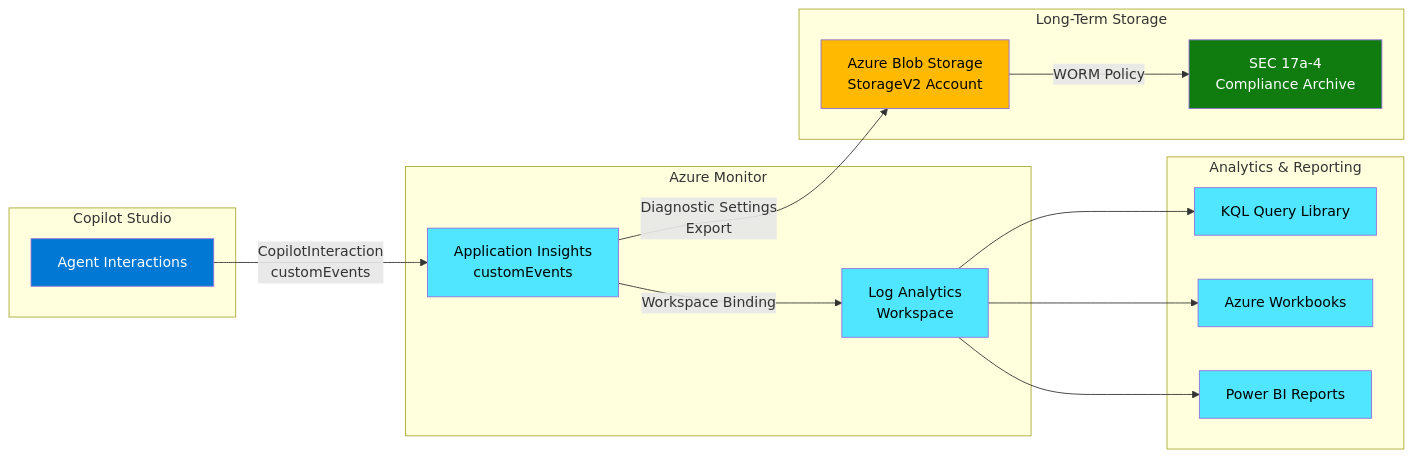
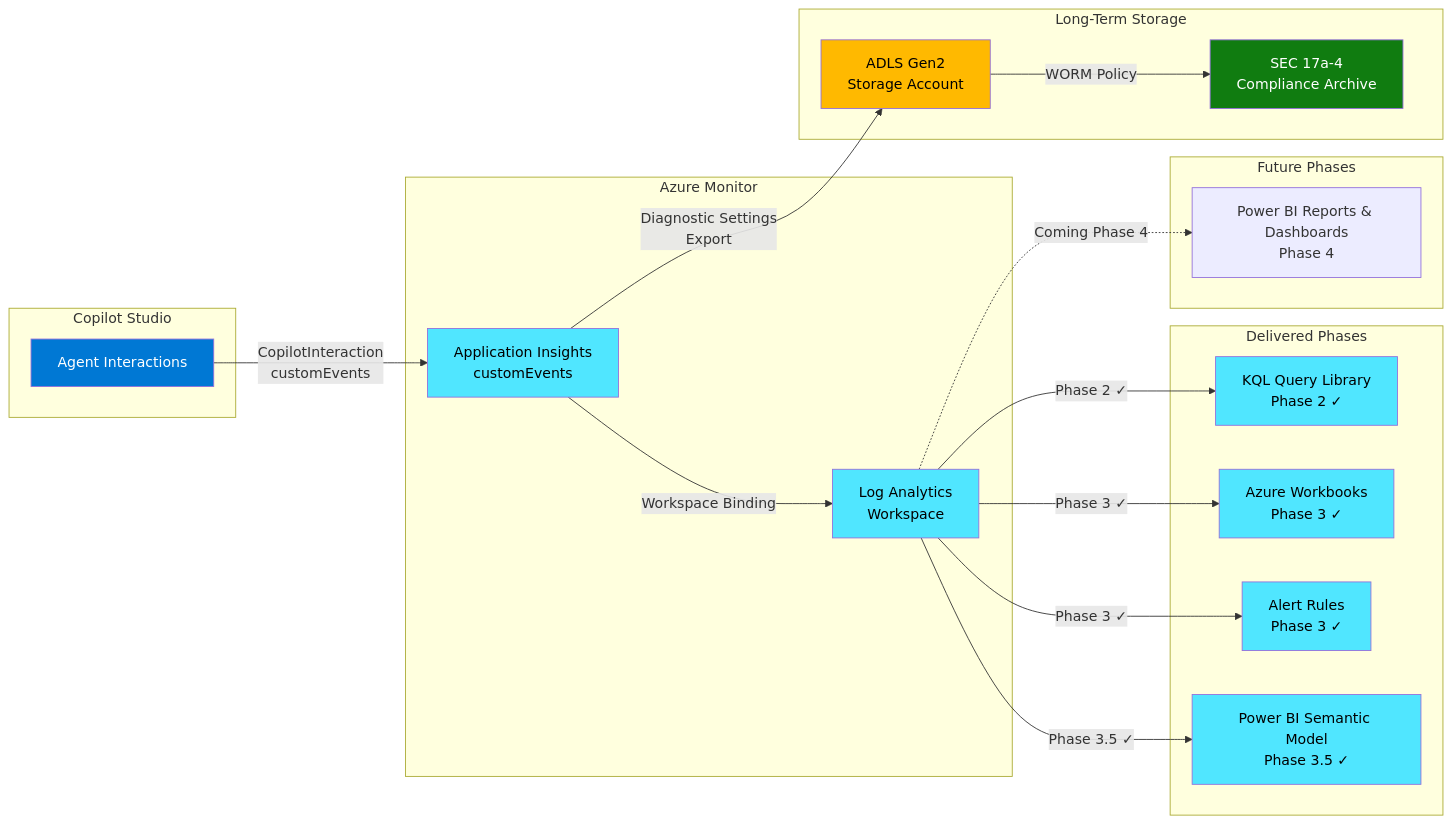
One commit to judeper/FSI-AgentGov-Solutions changed the diagram in agent-observability-foundation/architecture.md. Above: the diagram before and after it, drawn with Mermaid. The commit also changed other lines of this file and 269 other files, not shown here.

````diff
--- a/agent-observability-foundation/architecture.md
+++ b/agent-observability-foundation/architecture.md
@@ -9,39 +9,47 @@
 ```mermaid
 graph LR
     subgraph "Copilot Studio"
         A[Agent Interactions]
     end
 
     subgraph "Azure Monitor"
         B[Application Insights<br/>customEvents]
         C[Log Analytics<br/>Workspace]
     end
 
     subgraph "Long-Term Storage"
-        D[Azure Blob Storage<br/>StorageV2 Account]
+        D[ADLS Gen2<br/>Storage Account]
         E[SEC 17a-4<br/>Compliance Archive]
     end
 
-    subgraph "Analytics & Reporting"
-        F[KQL Query Library]
-        G[Azure Workbooks]
-        H[Power BI Reports]
+    subgraph "Delivered Phases"
+        F[KQL Query Library<br/>Phase 2 ✓]
+        G[Azure Workbooks<br/>Phase 3 ✓]
+        H[Alert Rules<br/>Phase 3 ✓]
+        I[Power BI Semantic Model<br/>Phase 3.5 ✓]
+    end
+
+    subgraph "Future Phases"
+        J[Power BI Reports &amp; Dashboards<br/>Phase 4]
     end
 
     A -->|CopilotInteraction<br/>customEvents| B
     B -->|Workspace Binding| C
     B -->|Diagnostic Settings<br/>Export| D
     D -->|WORM Policy| E
-    C --> F
-    C --> G
-    C --> H
+    C -->|Phase 2 ✓| F
+    C -->|Phase 3 ✓| G
+    C -->|Phase 3 ✓| H
+    C -->|Phase 3.5 ✓| I
+    C -.->|Coming Phase 4| J
 
     style A fill:#0078d4,color:#fff
     style B fill:#50e6ff,color:#000
     style C fill:#50e6ff,color:#000
     style D fill:#ffb900,color:#000
     style E fill:#107c10,color:#fff
     style F fill:#50e6ff,color:#000
     style G fill:#50e6ff,color:#000
     style H fill:#50e6ff,color:#000
+    style I fill:#50e6ff,color:#000
 ```
````
